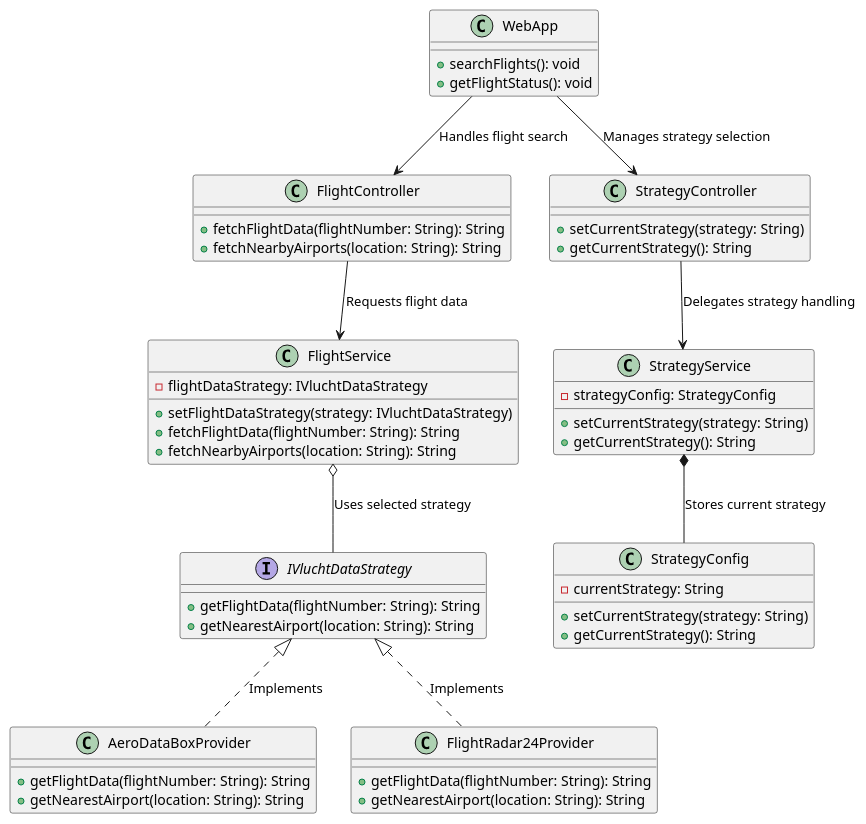
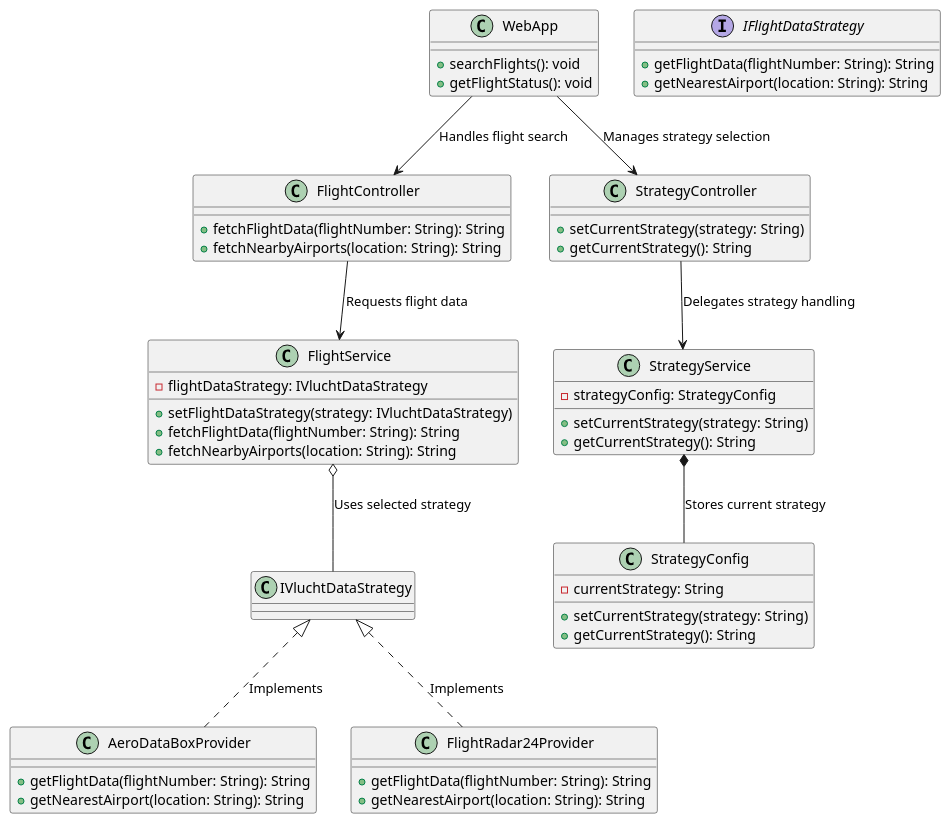
Before and after one commit to AIM-ENE-feb25/triptop-groep-b2: the diagram in diagrammen/classDiagramStrategyPattern.puml, drawn with PlantUML.

Commit message:
updated naming

```diff
--- a/diagrammen/classDiagramStrategyPattern.puml
+++ b/diagrammen/classDiagramStrategyPattern.puml
@@ -1,64 +1,64 @@
 @startuml
 'https://plantuml.com/class-diagram
 
 class WebApp {
     +searchFlights(): void
     +getFlightStatus(): void
 }
 
 class FlightController {
     +fetchFlightData(flightNumber: String): String
     +fetchNearbyAirports(location: String): String
 }
 
 class StrategyController {
     +setCurrentStrategy(strategy: String)
     +getCurrentStrategy(): String
 }
 
 class FlightService {
     -flightDataStrategy: IVluchtDataStrategy
     +setFlightDataStrategy(strategy: IVluchtDataStrategy)
     +fetchFlightData(flightNumber: String): String
     +fetchNearbyAirports(location: String): String
 }
 
 class StrategyService {
     -strategyConfig: StrategyConfig
     +setCurrentStrategy(strategy: String)
     +getCurrentStrategy(): String
 }
 
-interface IVluchtDataStrategy {
+interface IFlightDataStrategy {
     +getFlightData(flightNumber: String): String
     +getNearestAirport(location: String): String
 }
 
 class AeroDataBoxProvider {
     +getFlightData(flightNumber: String): String
     +getNearestAirport(location: String): String
 }
 
 class FlightRadar24Provider {
     +getFlightData(flightNumber: String): String
     +getNearestAirport(location: String): String
 }
 
 class StrategyConfig {
     -currentStrategy: String
     +setCurrentStrategy(strategy: String)
     +getCurrentStrategy(): String
 }
 
 ' Relationships
 WebApp --> FlightController : "Handles flight search"
 WebApp --> StrategyController : "Manages strategy selection"
 FlightController --> FlightService : "Requests flight data"
 StrategyController --> StrategyService : "Delegates strategy handling"
 FlightService o-- IVluchtDataStrategy : "Uses selected strategy"
 StrategyService *-- StrategyConfig : "Stores current strategy"
 
 IVluchtDataStrategy <|.. AeroDataBoxProvider : "Implements"
 IVluchtDataStrategy <|.. FlightRadar24Provider : "Implements"
 
 @enduml
```
